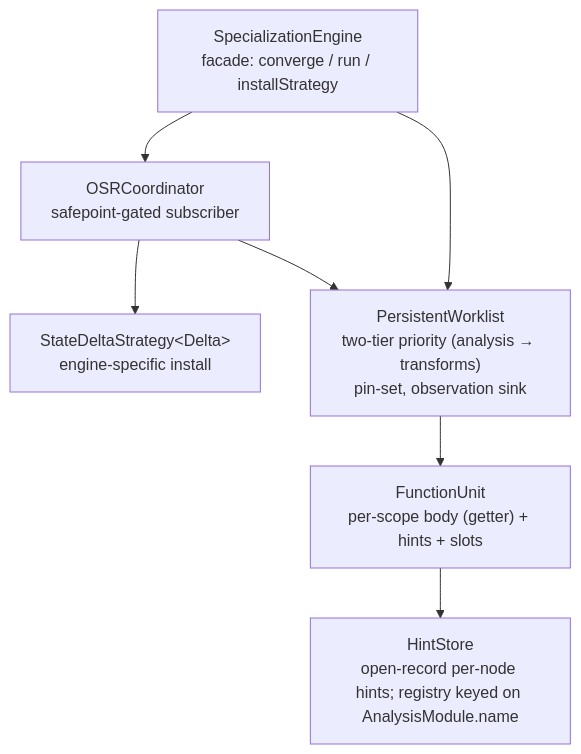
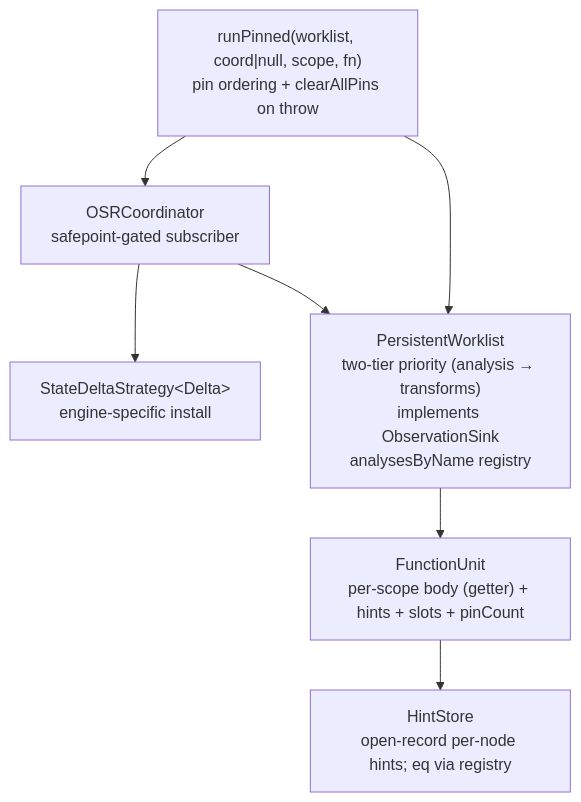
Before and after one commit to loyaltypollution/py-slang: the diagram in docs/optimization-roadmap.md, drawn with Mermaid. The commit also changed other lines of this file and 2 other files, not shown here.

Commit message:
docs: refresh roadmap + compilation-flow; absorb cleanup-plan gaps into roadmap D1–D7

````diff
--- a/docs/optimization-roadmap.md
+++ b/docs/optimization-roadmap.md
@@ -212,16 +246,16 @@
 ```mermaid
 flowchart TB
-    ENG["SpecializationEngine<br/>facade: converge / run / installStrategy"]
+    RP["runPinned(worklist, coord|null, scope, fn)<br/>pin ordering + clearAllPins on throw"]
     OSR["OSRCoordinator<br/>safepoint-gated subscriber"]
     SDS["StateDeltaStrategy&lt;Delta&gt;<br/>engine-specific install"]
-    WL["PersistentWorklist<br/>two-tier priority (analysis → transforms)<br/>pin-set, observation sink"]
-    FU["FunctionUnit<br/>per-scope body (getter) + hints + slots"]
-    HS["HintStore<br/>open-record per-node hints; registry keyed on AnalysisModule.name"]
+    WL["PersistentWorklist<br/>two-tier priority (analysis → transforms)<br/>implements ObservationSink<br/>analysesByName registry"]
+    FU["FunctionUnit<br/>per-scope body (getter) + hints + slots + pinCount"]
+    HS["HintStore<br/>open-record per-node hints; eq via registry"]
 
-    ENG --> OSR
-    ENG --> WL
+    RP --> WL
+    RP --> OSR
     OSR --> SDS
     OSR --> WL
     WL --> FU
     FU --> HS
 ```
````
